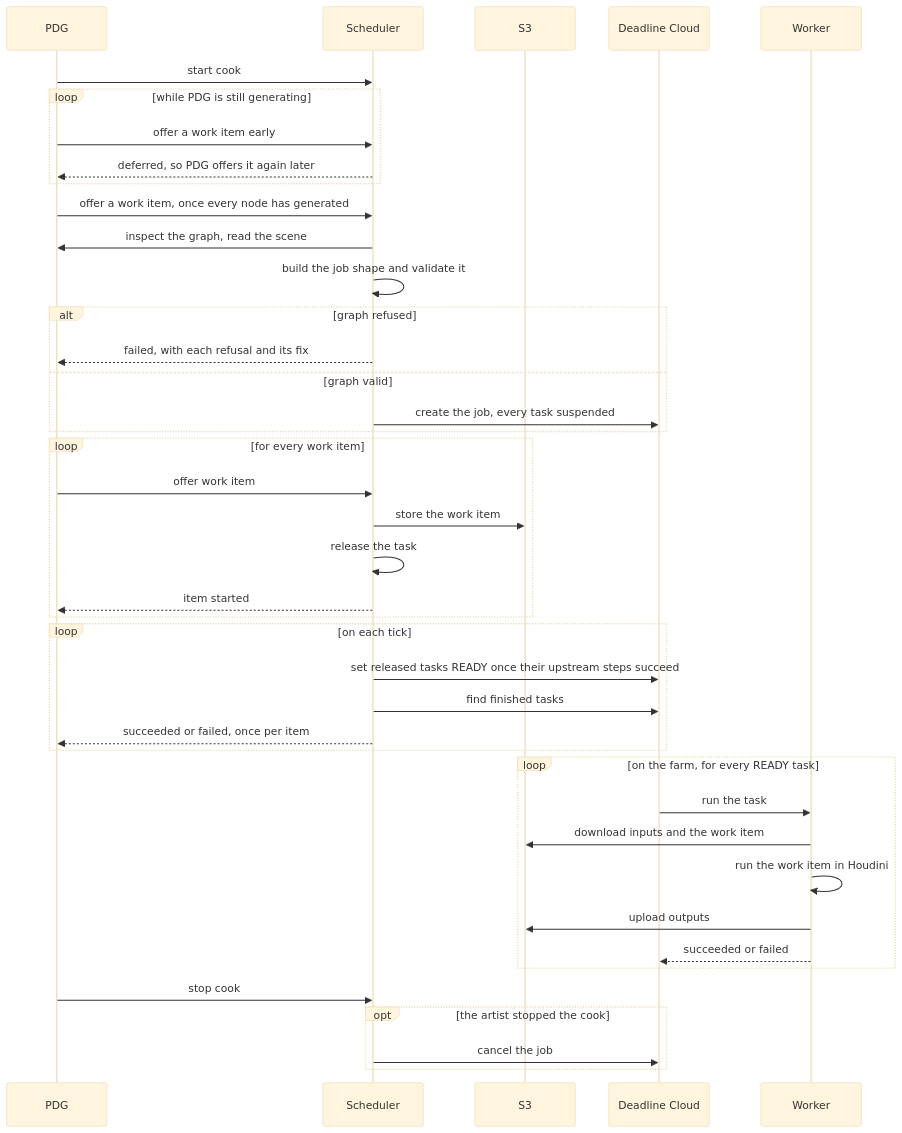
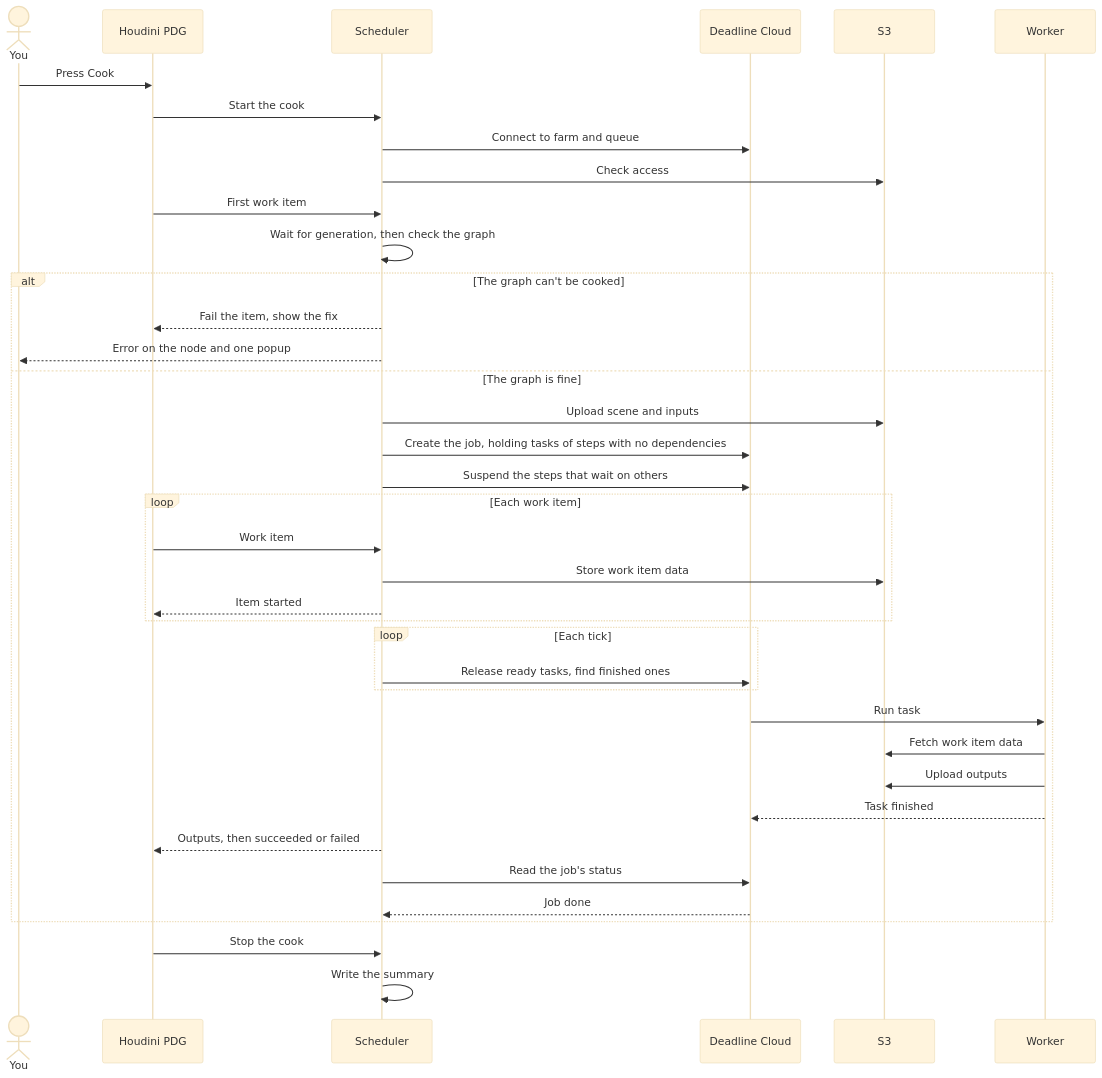
The second of 2 diagrams in specs/deadline/houdini_pdg/overview.md (aws-deadline/deadline-cloud-for-houdini), drawn with Mermaid (base theme) before and after one commit. The commit also changed other lines of this file and 9 other files, not shown here.

First line of the commit message:
docs: Add component specs for the Houdini PDG scheduler (#444)

````diff
--- a/specs/deadline/houdini_pdg/overview.md
+++ b/specs/deadline/houdini_pdg/overview.md
@@ -75,43 +137,41 @@
 ```mermaid
 sequenceDiagram
-  participant P as PDG
-  participant S as Scheduler
-  participant St as S3
-  participant F as Deadline Cloud
-  participant W as Worker
-  P->>S: start cook
-  loop while PDG is still generating
-    P->>S: offer a work item early
-    S-->>P: deferred, so PDG offers it again later
-  end
-  P->>S: offer a work item, once every node has generated
-  S->>P: inspect the graph, read the scene
-  S->>S: build the job shape and validate it
-  alt graph refused
-    S-->>P: failed, with each refusal and its fix
-  else graph valid
-    S->>F: create the job, every task suspended
-  end
-  loop for every work item
-    P->>S: offer work item
-    S->>St: store the work item
-    S->>S: release the task
-    S-->>P: item started
-  end
-  loop on each tick
-    S->>F: set released tasks READY once their upstream steps succeed
-    S->>F: find finished tasks
-    S-->>P: succeeded or failed, once per item
-  end
-  loop on the farm, for every READY task
-    F->>W: run the task
-    W->>St: download inputs and the work item
-    W->>W: run the work item in Houdini
-    W->>St: upload outputs
-    W-->>F: succeeded or failed
-  end
-  P->>S: stop cook
-  opt the artist stopped the cook
-    S->>F: cancel the job
-  end
+    actor You
+    participant PDG as Houdini PDG
+    participant SCH as Scheduler
+    participant DC as Deadline Cloud
+    participant S3 as S3
+    participant W as Worker
+
+    You->>PDG: Press Cook
+    PDG->>SCH: Start the cook
+    SCH->>DC: Connect to farm and queue
+    SCH->>S3: Check access
+    PDG->>SCH: First work item
+    SCH->>SCH: Wait for generation, then check the graph
+    alt The graph can't be cooked
+        SCH-->>PDG: Fail the item, show the fix
+        SCH-->>You: Error on the node and one popup
+    else The graph is fine
+        SCH->>S3: Upload scene and inputs
+        SCH->>DC: Create the job, holding tasks of steps with no dependencies
+        SCH->>DC: Suspend the steps that wait on others
+        loop Each work item
+            PDG->>SCH: Work item
+            SCH->>S3: Store work item data
+            SCH-->>PDG: Item started
+        end
+        loop Each tick
+            SCH->>DC: Release ready tasks, find finished ones
+        end
+        DC->>W: Run task
+        W->>S3: Fetch work item data
+        W->>S3: Upload outputs
+        W-->>DC: Task finished
+        SCH-->>PDG: Outputs, then succeeded or failed
+        SCH->>DC: Read the job's status
+        DC-->>SCH: Job done
+    end
+    PDG->>SCH: Stop the cook
+    SCH->>SCH: Write the summary
 ```
````
